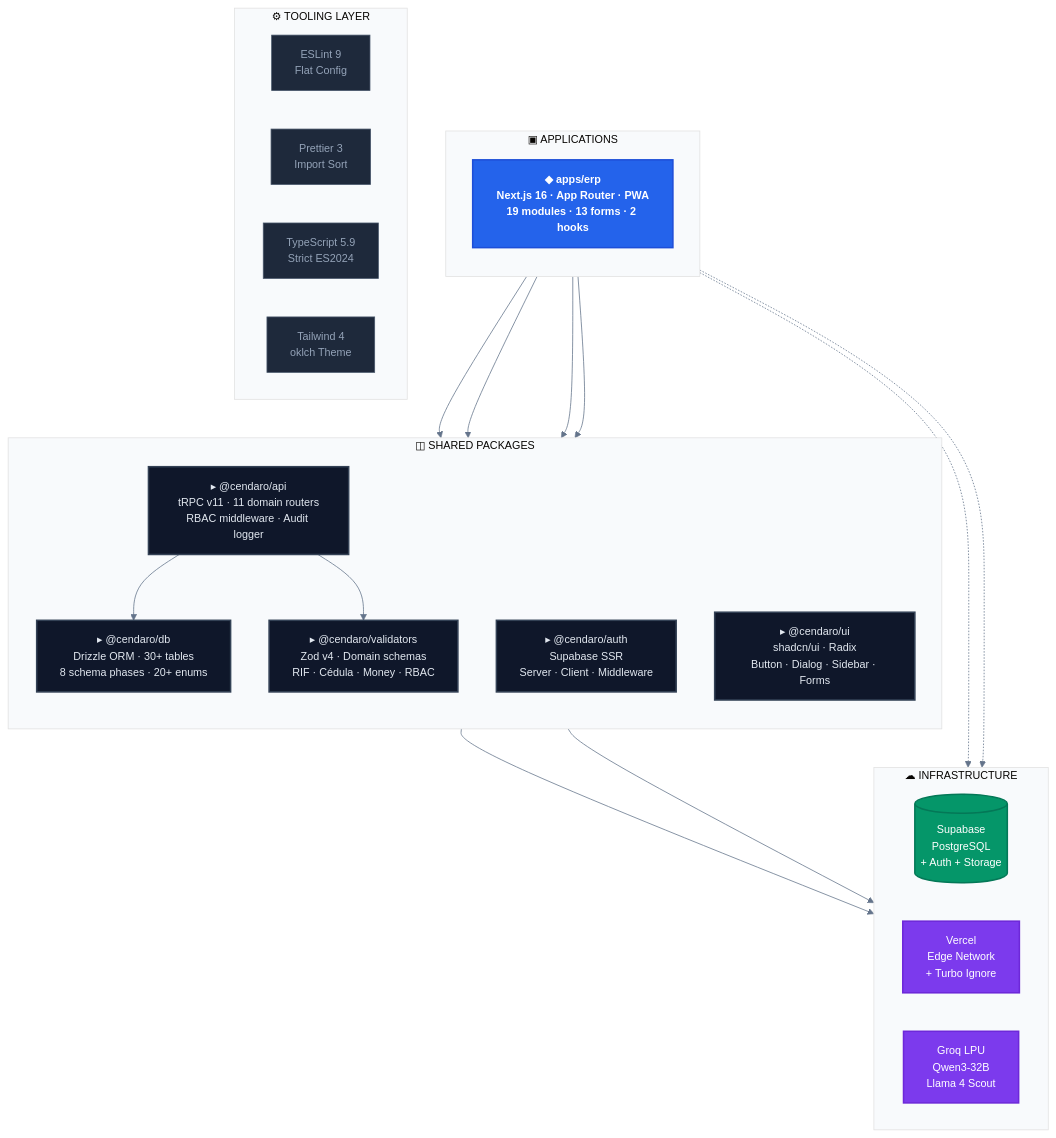
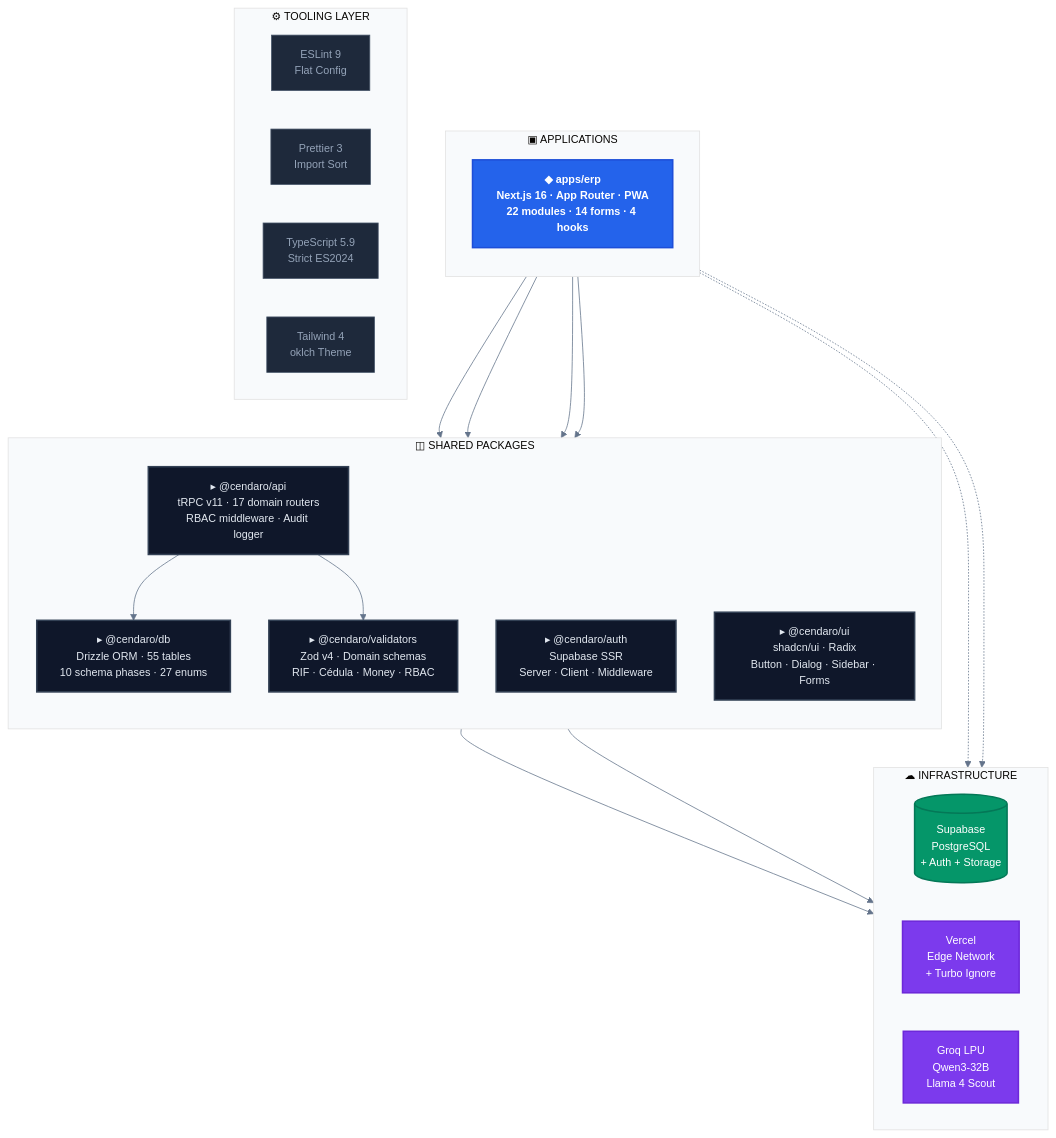
One commit to jesusjosezapata99-jpg/Cendaro changed the first of 9 diagrams in README.md. Above: the diagram before and after it, drawn with Mermaid. The commit also changed other lines of this file and 9 other files, not shown here.

````diff
--- a/README.md
+++ b/README.md
@@ -41,50 +41,50 @@
 ```mermaid
 %%{init: {'theme': 'base', 'themeVariables': {'primaryColor': '#2463eb', 'primaryTextColor': '#fff', 'primaryBorderColor': '#1d4ed8', 'lineColor': '#64748b', 'secondaryColor': '#f1f5f9', 'tertiaryColor': '#f8fafc', 'fontSize': '14px'}}}%%
 
 graph TB
   classDef app fill:#2463eb,stroke:#1d4ed8,color:#fff,stroke-width:2px,font-weight:bold
   classDef pkg fill:#0f172a,stroke:#334155,color:#e2e8f0,stroke-width:2px
   classDef tool fill:#1e293b,stroke:#475569,color:#94a3b8,stroke-width:1px
   classDef infra fill:#059669,stroke:#047857,color:#fff,stroke-width:2px
   classDef external fill:#7c3aed,stroke:#6d28d9,color:#fff,stroke-width:2px
 
   subgraph APPS["▣  APPLICATIONS"]
     direction TB
-    ERP["◆ apps/erp\nNext.js 16 · App Router · PWA\n19 modules · 13 forms · 2 hooks"]:::app
+    ERP["◆ apps/erp\nNext.js 16 · App Router · PWA\n22 modules · 14 forms · 4 hooks"]:::app
   end
 
   subgraph PACKAGES["◫  SHARED PACKAGES"]
     direction TB
-    API["▸ @cendaro/api\ntRPC v11 · 11 domain routers\nRBAC middleware · Audit logger"]:::pkg
-    DB["▸ @cendaro/db\nDrizzle ORM · 30+ tables\n8 schema phases · 20+ enums"]:::pkg
+    API["▸ @cendaro/api\ntRPC v11 · 17 domain routers\nRBAC middleware · Audit logger"]:::pkg
+    DB["▸ @cendaro/db\nDrizzle ORM · 55 tables\n10 schema phases · 27 enums"]:::pkg
     AUTH["▸ @cendaro/auth\nSupabase SSR\nServer · Client · Middleware"]:::pkg
     UI["▸ @cendaro/ui\nshadcn/ui · Radix\nButton · Dialog · Sidebar · Forms"]:::pkg
     VAL["▸ @cendaro/validators\nZod v4 · Domain schemas\nRIF · Cédula · Money · RBAC"]:::pkg
   end
 
   subgraph TOOLING["⚙  TOOLING LAYER"]
     direction LR
     T1["ESLint 9\nFlat Config"]:::tool
     T2["Prettier 3\nImport Sort"]:::tool
     T3["TypeScript 5.9\nStrict ES2024"]:::tool
     T4["Tailwind 4\noklch Theme"]:::tool
   end
 
   subgraph INFRA["☁  INFRASTRUCTURE"]
     direction LR
     SB[("Supabase\nPostgreSQL\n+ Auth + Storage")]:::infra
     VCL["Vercel\nEdge Network\n+ Turbo Ignore"]:::external
     GROQ["Groq LPU\nQwen3-32B\nLlama 4 Scout"]:::external
   end
 
   ERP --> API
   ERP --> AUTH
   ERP --> UI
   ERP --> VAL
   API --> DB
   API --> VAL
   DB --> SB
   AUTH --> SB
   ERP -.-> VCL
   ERP -.-> GROQ
 ```
````
